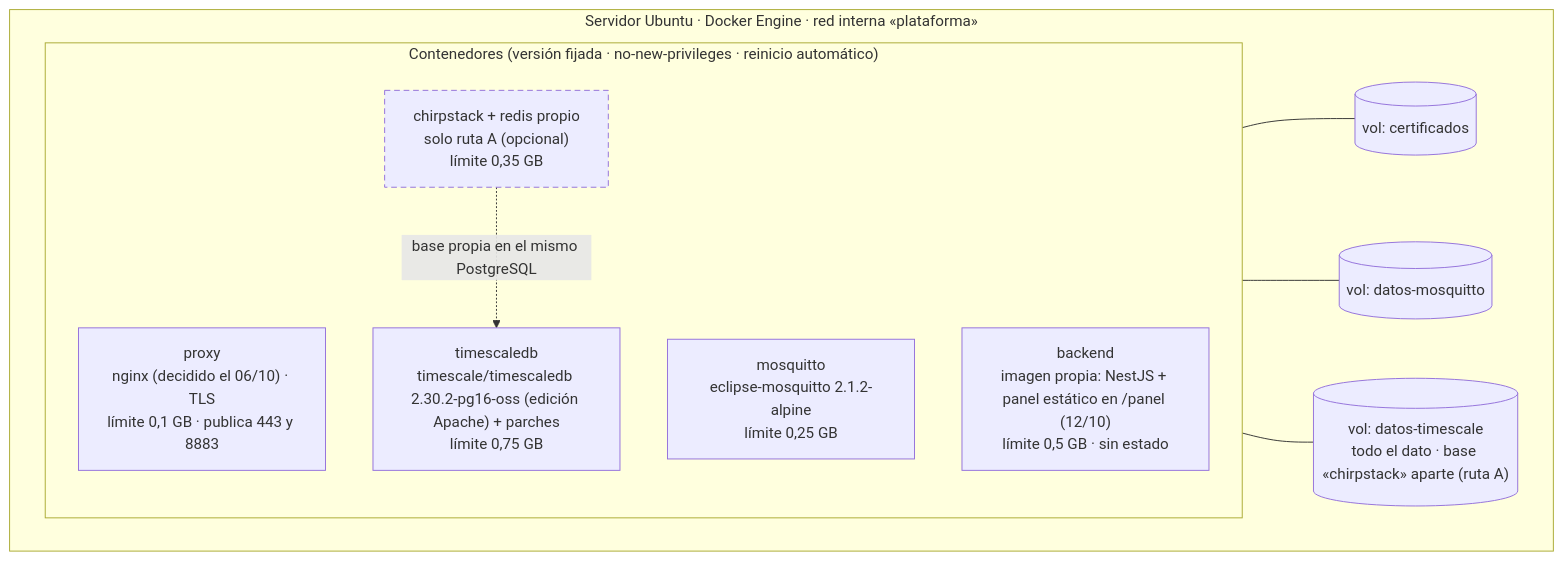
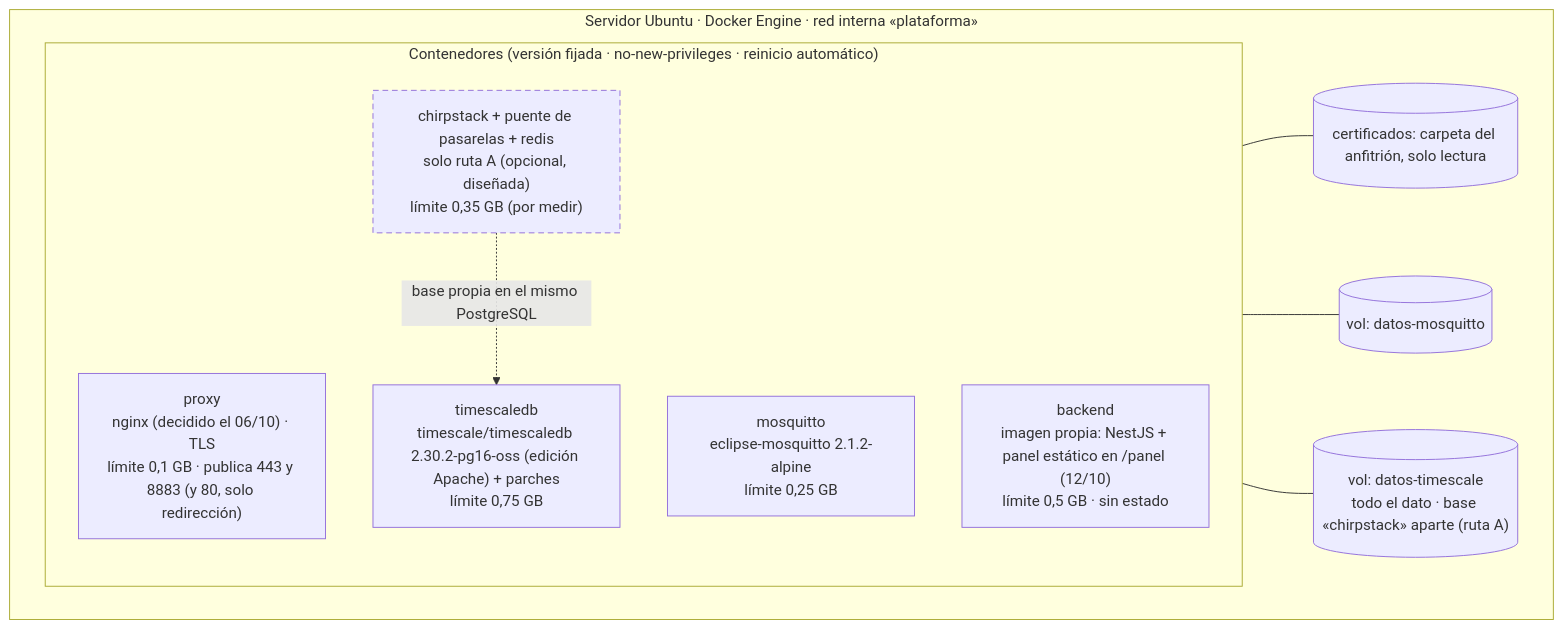
The diagram in informe-oficial/figuras/mermaid/despliegue.mmd (vicenterami/tesis), drawn with Mermaid before and after one commit. The commit also changed 44 other files, not shown here.

```diff
--- a/informe-oficial/figuras/mermaid/despliegue.mmd
+++ b/informe-oficial/figuras/mermaid/despliegue.mmd
@@ -1,21 +1,21 @@
 flowchart TB
     subgraph HOST["Servidor Ubuntu · Docker Engine · red interna «plataforma»"]
         direction LR
         subgraph SVC["Contenedores (versión fijada · no-new-privileges · reinicio automático)"]
             direction TB
-            C5["proxy<br/>nginx (decidido el 06/10) · TLS<br/>límite 0,1 GB · publica 443 y 8883"]
+            C5["proxy<br/>nginx (decidido el 06/10) · TLS<br/>límite 0,1 GB · publica 443 y 8883 (y 80, solo redirección)"]
             C1["mosquitto<br/>eclipse-mosquitto 2.1.2-alpine<br/>límite 0,25 GB"]
-            C2["chirpstack + redis propio<br/>solo ruta A (opcional)<br/>límite 0,35 GB"]
+            C2["chirpstack + puente de pasarelas + redis<br/>solo ruta A (opcional, diseñada)<br/>límite 0,35 GB (por medir)"]
             C4["backend<br/>imagen propia: NestJS + panel estático en /panel (12/10)<br/>límite 0,5 GB · sin estado"]
             C3["timescaledb<br/>timescale/timescaledb 2.30.2-pg16-oss (edición Apache) + parches<br/>límite 0,75 GB"]
         end
-        V4[("vol: certificados")]
+        V4[("certificados: carpeta del anfitrión, solo lectura")]
         V2[("vol: datos-mosquitto")]
         V1[("vol: datos-timescale<br/>todo el dato · base «chirpstack» aparte (ruta A)")]
     end
     C5 --- V4
     C1 --- V2
     C3 --- V1
     C2 -. "base propia en el mismo PostgreSQL" .-> C3
     classDef opcional stroke-dasharray:6 4
     class C2 opcional
```
